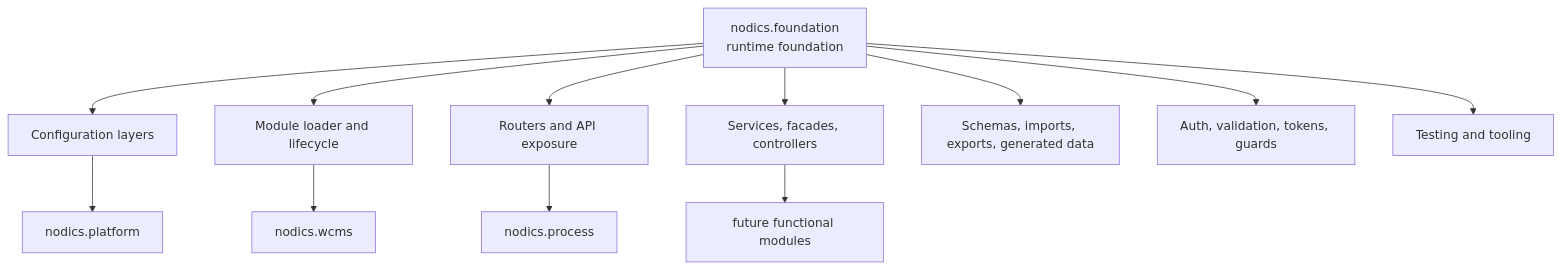
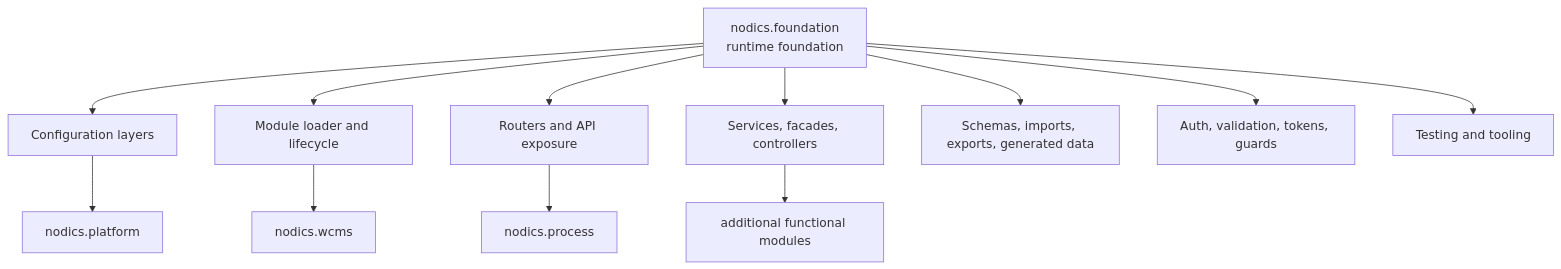
The first of 2 diagrams in nodics.docs/docs/pages/nodics.foundation/overview.md (Nodics/nodics.ai), drawn with Mermaid before and after one commit. The commit also changed other lines of this file and 326 other files, not shown here.

````diff
--- a/nodics.docs/docs/pages/nodics.foundation/overview.md
+++ b/nodics.docs/docs/pages/nodics.foundation/overview.md
@@ -45,15 +45,15 @@
 ```mermaid
 flowchart TB
   Core["nodics.foundation<br/>runtime foundation"] --> Config["Configuration layers"]
   Core --> Loader["Module loader and lifecycle"]
   Core --> Routing["Routers and API exposure"]
   Core --> Services["Services, facades, controllers"]
   Core --> Data["Schemas, imports, exports, generated data"]
   Core --> Security["Auth, validation, tokens, guards"]
   Core --> Quality["Testing and tooling"]
 
   Config --> Platform["nodics.platform"]
   Loader --> WCMS["nodics.wcms"]
   Routing --> Process["nodics.process"]
-  Services --> Future["future functional modules"]
+  Services --> OtherCapabilities["additional functional modules"]
 ```
````
